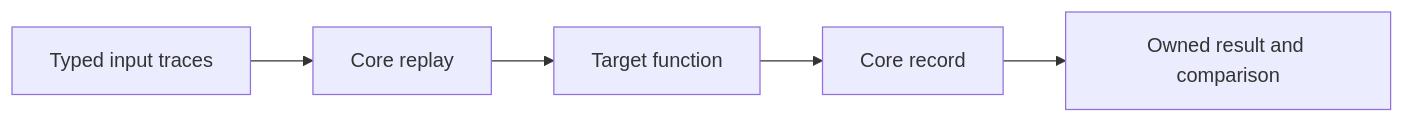
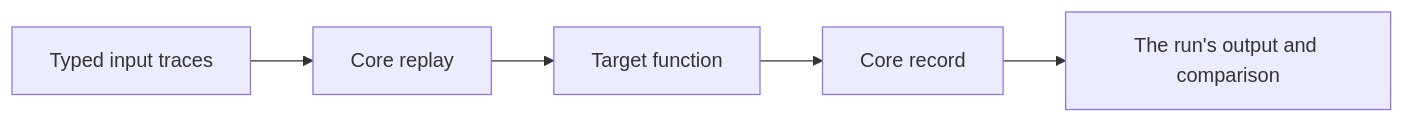
One commit to hhenson/hgl_core changed the diagram in spec/testing-and-eval.md. Above: the diagram before and after it, drawn with Mermaid. The commit also changed other lines of this file and 5 other files, not shown here.

First line of the commit message:
Define the run: its configuration, its output and its store

````diff
--- a/spec/testing-and-eval.md
+++ b/spec/testing-and-eval.md
@@ -44,7 +50,7 @@
 ```mermaid
 flowchart LR
     A[Typed input traces] --> B[Core replay]
     B --> C[Target function]
     C --> D[Core record]
-    D --> E[Owned result and comparison]
+    D --> E[The run's output and comparison]
 ```
````
